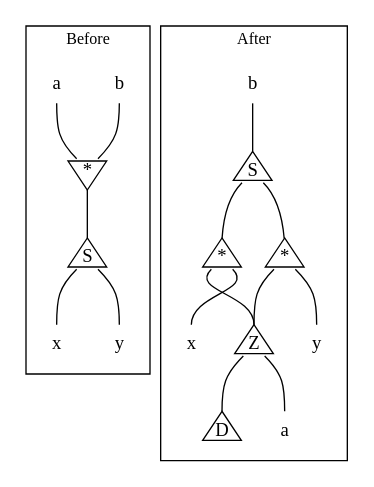
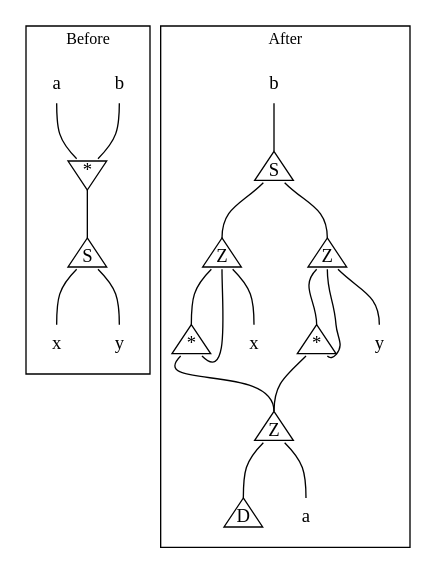
The diagram in docs/interactions/NEGSUP.dot (Toccata-Lang/toccata), drawn with Graphviz before and after one commit. The commit also changed 2 other files, not shown here.

Commit message:
Fix NEGSUP interaction diagram: wire SUP aux ports through LAZ nodes to * wildcards

```diff
--- a/docs/interactions/NEGSUP.dot
+++ b/docs/interactions/NEGSUP.dot
@@ -1,40 +1,46 @@
 graph NEG_SUP {
 rankdir=TB;
 
 subgraph cluster_before_NEG_SUP {
 graph [color=black, style=filled, fillcolor=white, label="Before", fontsize=12]
 a8_1 [label="a",  height=0.4, width=0.4, fixedsize=true, shape=none]
 b8_1 [label="b",  height=0.4, width=0.4, fixedsize=true, shape=none]
 neg8_1 [label="*",  height=0.4, width=0.4, fixedsize=true,  shape=triangle, orientation=180]
 sup8_1 [label="S",  height=0.4, width=0.4, fixedsize=true,  shape=triangle, orientation=0]
 x8_1 [label="x",  height=0.4, width=0.4, fixedsize=true, shape=none]
 y8_1 [label="y",  height=0.4, width=0.4, fixedsize=true, shape=none]
 a8_1:s -- neg8_1:nw
 b8_1:s -- neg8_1:ne
 neg8_1:s -- sup8_1:n
 sup8_1:sw -- x8_1:n
 sup8_1:se -- y8_1:n
 }
 
 subgraph cluster_after_NEG_SUP {
 graph [color=black, style=filled, fillcolor=white, label="After", fontsize=12]
-a8_2 [label="a",  height=0.4, width=0.4, fixedsize=true, shape=none]
 b8_2 [label="b",  height=0.4, width=0.4, fixedsize=true, shape=none]
+sup8_2 [label="S",  height=0.4, width=0.4, fixedsize=true,  shape=triangle, orientation=0]
+laz8_3 [label="Z",  height=0.4, width=0.4, fixedsize=true,  shape=triangle, orientation=0]
+laz8_4 [label="Z",  height=0.4, width=0.4, fixedsize=true,  shape=triangle, orientation=0]
 neg8_2 [label="*",  height=0.4, width=0.4, fixedsize=true,  shape=triangle, orientation=0]
 neg8_3 [label="*",  height=0.4, width=0.4, fixedsize=true,  shape=triangle, orientation=0]
 dup8_2 [label="D",  height=0.4, width=0.4, fixedsize=true,  shape=triangle, orientation=0]
 laz8_2 [label="Z",  height=0.4, width=0.4, fixedsize=true,  shape=triangle, orientation=0]
-sup8_2 [label="S",  height=0.4, width=0.4, fixedsize=true,  shape=triangle, orientation=0]
 x8_2 [label="x",  height=0.4, width=0.4, fixedsize=true, shape=none]
 y8_2 [label="y",  height=0.4, width=0.4, fixedsize=true, shape=none]
+a8_2 [label="a",  height=0.4, width=0.4, fixedsize=true, shape=none]
 b8_2:s -- sup8_2:n
-sup8_2:sw -- neg8_2
-sup8_2:se -- neg8_3
+sup8_2:sw -- laz8_3:n
+sup8_2:se -- laz8_4:n
+laz8_3:sw -- neg8_2:n
+laz8_4:sw -- neg8_3:n
+neg8_2:se -- laz8_3:s
+neg8_3:se -- laz8_4:s
 laz8_2:sw -- dup8_2:n
 laz8_2:se -- a8_2:n
 neg8_2:sw -- laz8_2:n
 neg8_3:sw -- laz8_2:n
-neg8_2:se -- x8_2:n
-neg8_3:se -- y8_2:n
+laz8_3:se -- x8_2:n
+laz8_4:se -- y8_2:n
 }
 }
```
